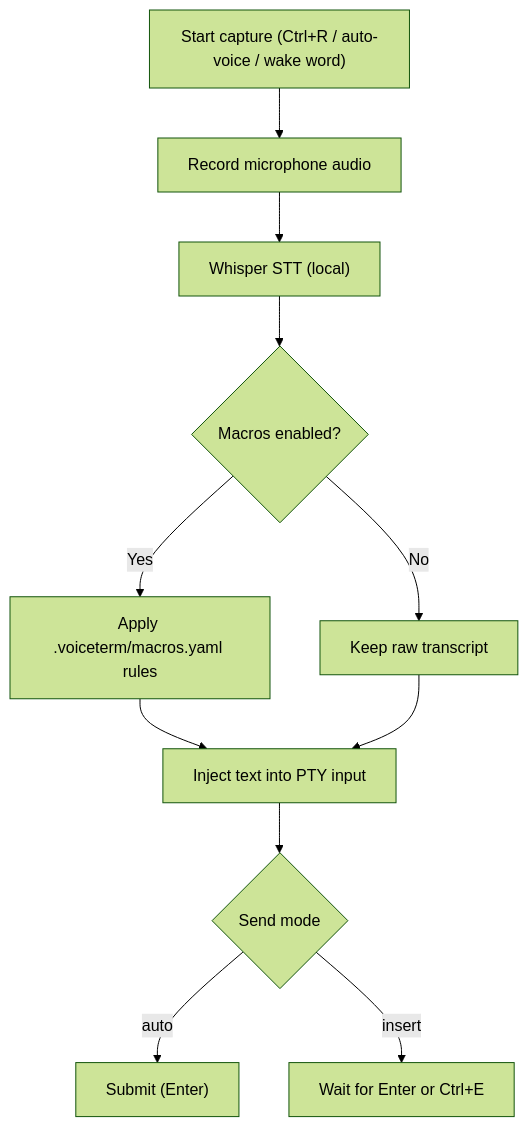
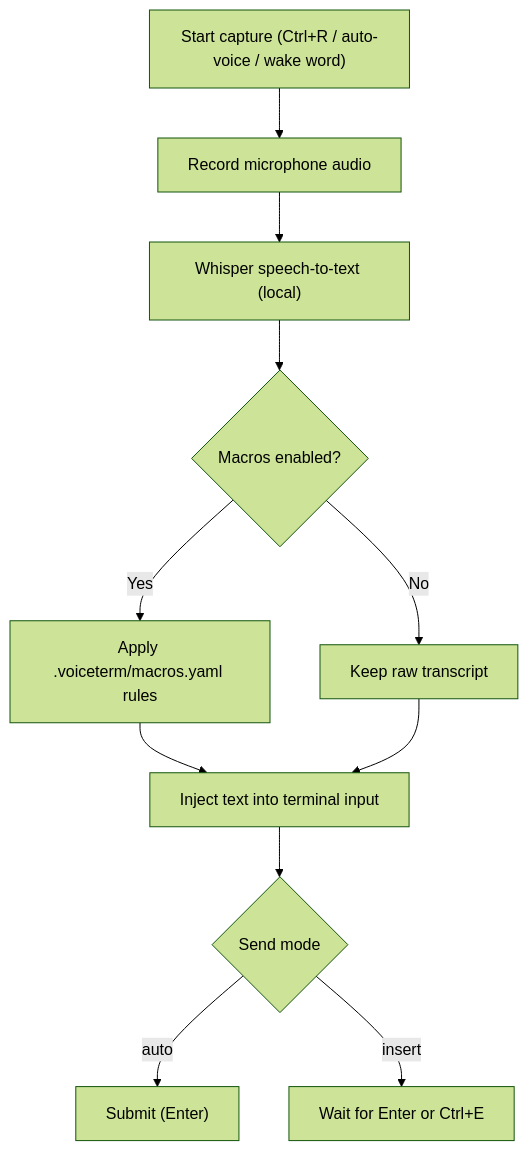
The diagram in guides/USAGE.md (jguida941/voiceterm), drawn with Mermaid (forest theme) before and after one commit. The commit also changed other lines of this file and 11 other files, not shown here.

````diff
--- a/guides/USAGE.md
+++ b/guides/USAGE.md
@@ -66,13 +65,13 @@
 ```mermaid
 flowchart TD
     A["Start capture (Ctrl+R / auto-voice / wake word)"] --> B["Record microphone audio"]
-    B --> C["Whisper STT (local)"]
+    B --> C["Whisper speech-to-text (local)"]
     C --> D{"Macros enabled?"}
     D -->|Yes| E["Apply .voiceterm/macros.yaml rules"]
     D -->|No| F["Keep raw transcript"]
-    E --> G["Inject text into PTY input"]
+    E --> G["Inject text into terminal input"]
     F --> G
     G --> H{"Send mode"}
     H -->|auto| I["Submit (Enter)"]
     H -->|insert| J["Wait for Enter or Ctrl+E"]
 ```
````
